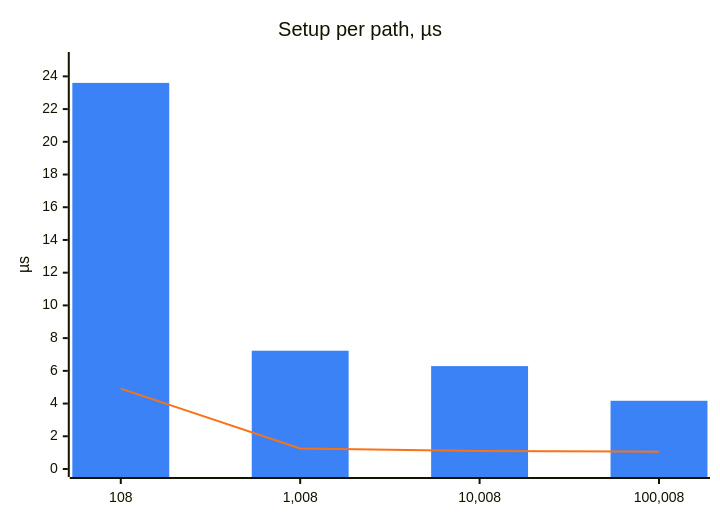
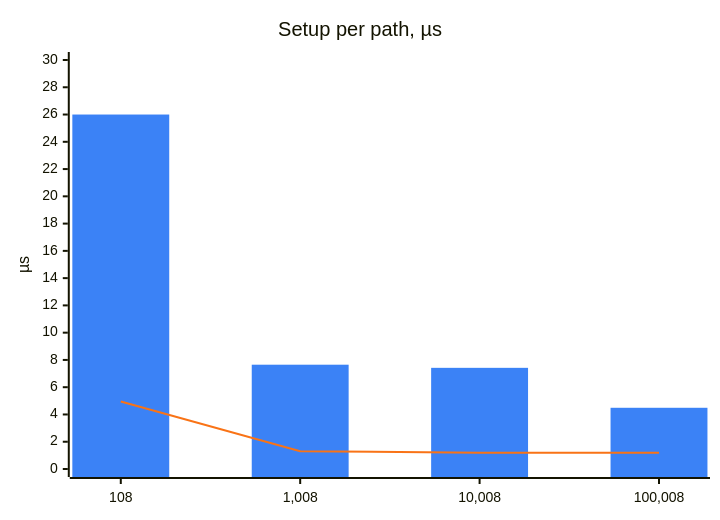
Before and after one commit to DyHex/POMWright: the third of 4 diagrams in website/src/content/docs/internal/performance.md, drawn with Mermaid. The commit also changed other lines of this file and 2 other files, not shown here.

````diff
--- a/website/src/content/docs/internal/performance.md
+++ b/website/src/content/docs/internal/performance.md
@@ -108,9 +112,9 @@
 ```mermaid
 %%{init: {"themeVariables": {"xyChart": {"plotColorPalette": "#3b82f6, #f97316"}}}}%%
 xychart-beta
   title "Setup per path, µs"
   x-axis ["108", "1,008", "10,008", "100,008"]
-  y-axis "µs" 0 --> 25
-  bar [23.6, 7.23, 6.29, 4.17]
-  line [4.91, 1.26, 1.1, 1.06]
+  y-axis "µs" 0 --> 30
+  bar [26, 7.65, 7.42, 4.49]
+  line [4.95, 1.3, 1.2, 1.19]
 ```
````
